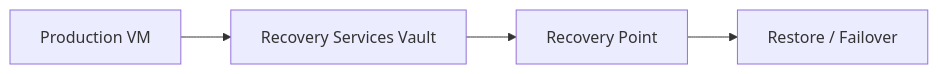
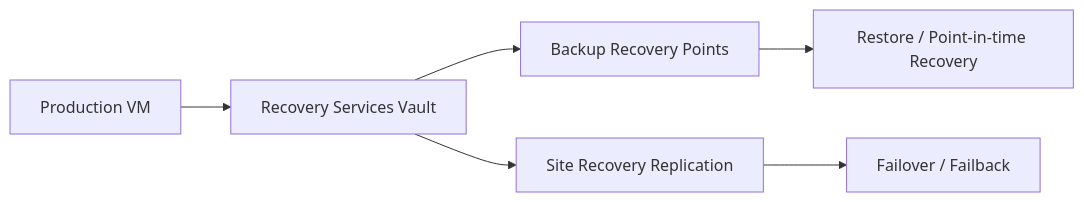
One commit to nkadwaikar/azure-hands-on-engineering changed the fifth of 6 diagrams in README.md. Above: the diagram before and after it, drawn with Mermaid. The commit also changed other lines of this file and 1 other file, not shown here.

````diff
--- a/README.md
+++ b/README.md
@@ -107,6 +152,8 @@
 ```mermaid
 flowchart LR
 		VM[Production VM] --> RSV[Recovery Services Vault]
-		RSV --> RP[Recovery Point]
-		RP --> Restore[Restore / Failover]
+		RSV --> Backup[Backup Recovery Points]
+		RSV --> ASR[Site Recovery Replication]
+		ASR --> Failover[Failover / Failback]
+		Backup --> Restore[Restore / Point-in-time Recovery]
 ```
````
